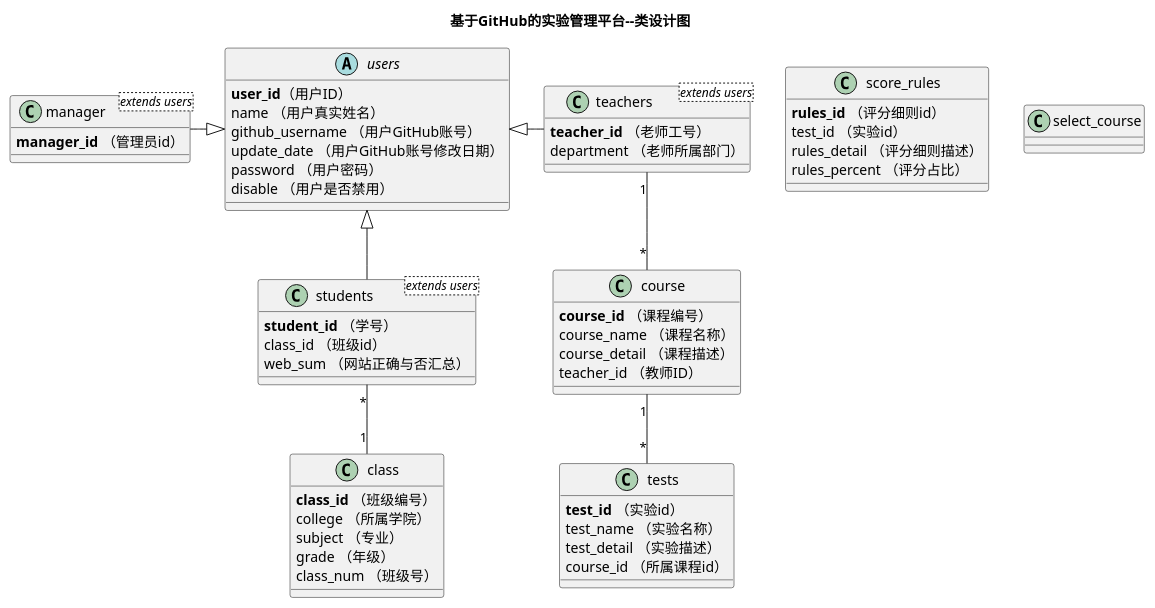
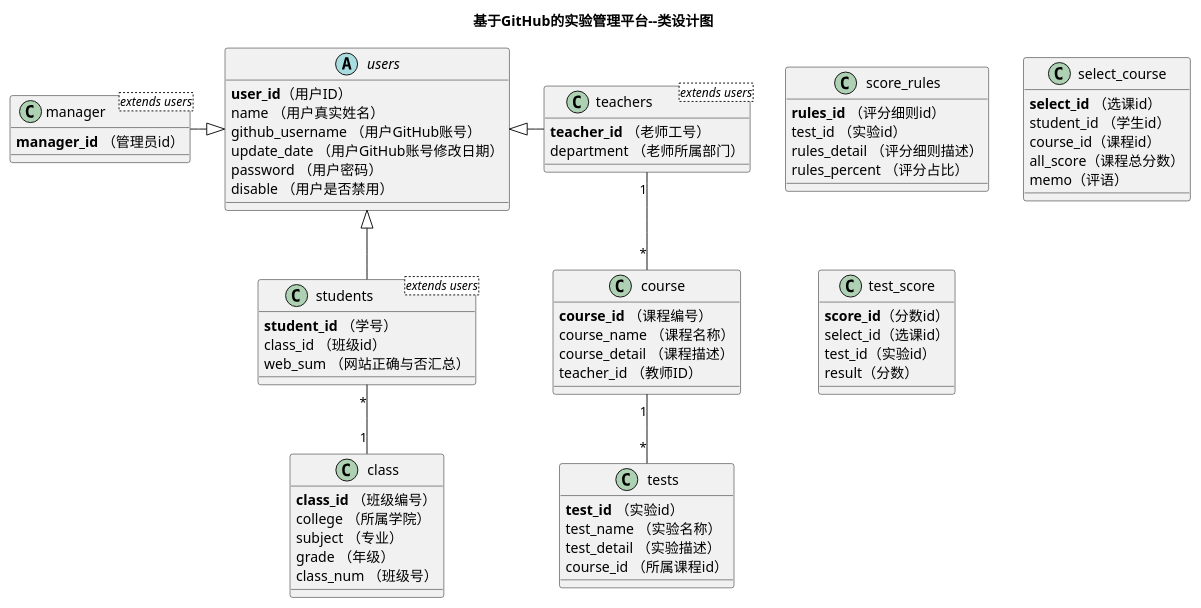
The diagram in test6/puml/SystemClass.puml (YYttaa/is_analysis-2), drawn with PlantUML before and after one commit.

Commit message:
实验五

```diff
--- a/test6/puml/SystemClass.puml
+++ b/test6/puml/SystemClass.puml
@@ -1,67 +1,78 @@
 @startuml
 title 基于GitHub的实验管理平台--类设计图
 abstract class users{
     <b>user_id</b>（用户ID）
     name （用户真实姓名）
     github_username （用户GitHub账号）
     update_date （用户GitHub账号修改日期）
     password （用户密码）
     disable （用户是否禁用）
  }
 
  class students<extends users>{
     <b>student_id</b> （学号）
     class_id （班级id）
     web_sum （网站正确与否汇总）
  }
 
  class teachers<extends users>{
      <b>teacher_id</b> （老师工号）
      department （老师所属部门）
  }
 
  class class{
     <b>class_id</b> （班级编号）
     college （所属学院）
     subject （专业）
     grade （年级）
     class_num （班级号）
  }
 
  class manager<extends users>{
     <b>manager_id</b> （管理员id）
  }
 
 class course{
     <b>course_id</b> （课程编号）
     course_name （课程名称）
     course_detail （课程描述）
     teacher_id （教师ID）
 }
 
 class tests{
     <b>test_id</b> （实验id）
     test_name （实验名称）
     test_detail （实验描述）
     course_id （所属课程id）
 }
 
 class score_rules{
     <b>rules_id</b> （评分细则id）
     test_id （实验id）
     rules_detail （评分细则描述）
     rules_percent （评分占比）
 }
 
 class select_course{
+    <b>select_id</b> （选课id）
+    student_id （学生id）
+    course_id（课程id）
+    all_score（课程总分数）
+    memo（评语）
+}
 
+class test_score{
+    <b>score_id</b>（分数id）
+    select_id（选课id）
+    test_id（实验id）
+    result（分数）
 }
 users <|-down- students
 users <|-right- teachers
 users <|-left- manager
 students "*"--"1"class
 teachers "1"--"*" course
 course "1" --"*"tests
 
 
 @enduml
```
